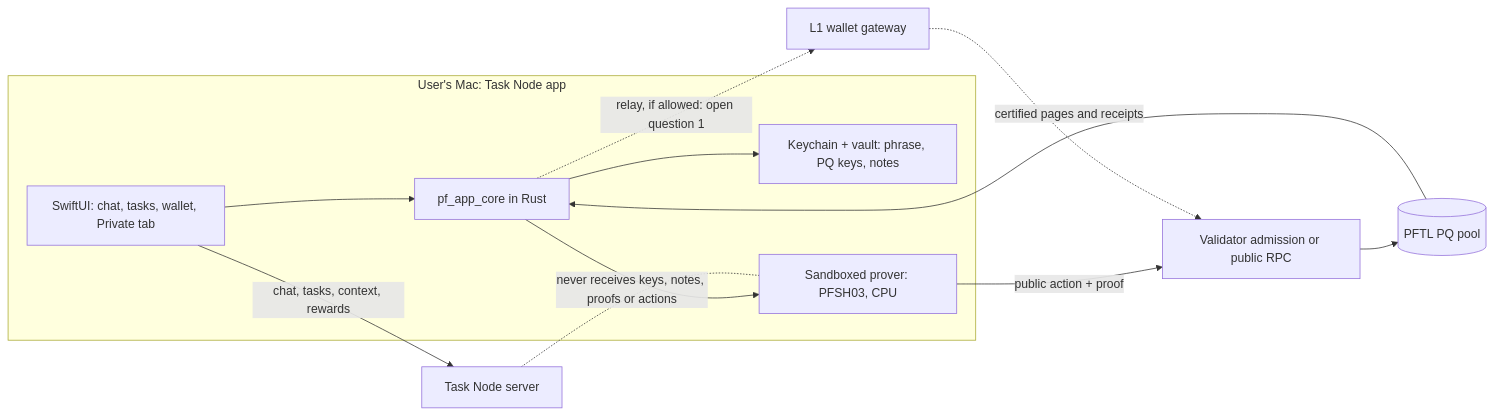
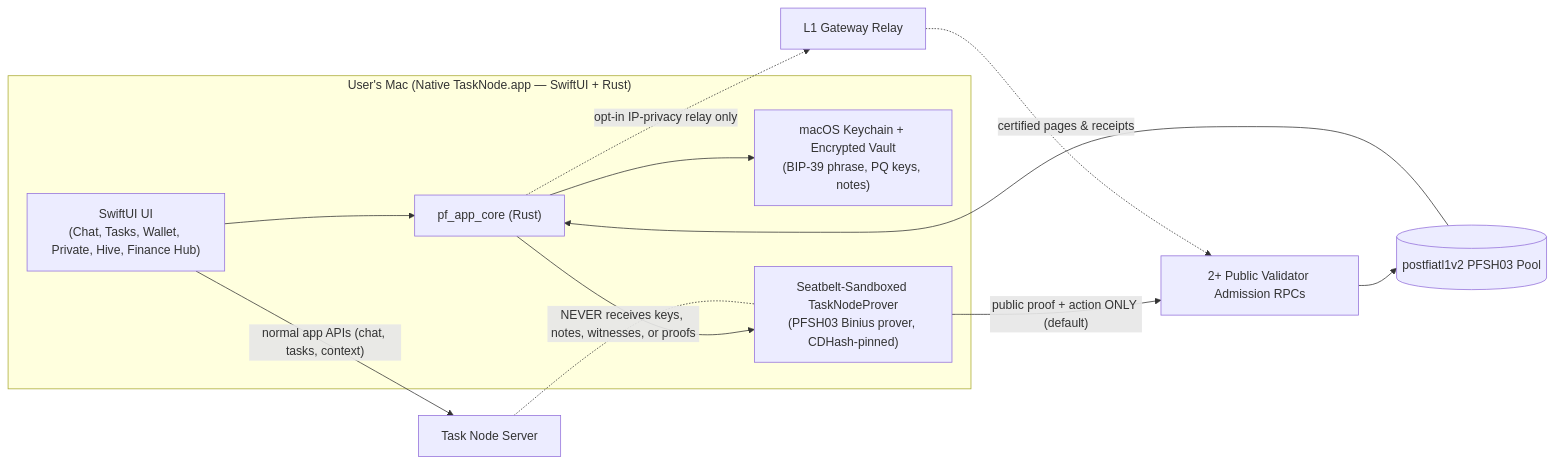
Before and after one commit to postfiatorg/postfiatl1v2: the diagram in big_milestone/pillars/05-local-task-node.md, drawn with Mermaid. The commit also changed other lines of this file and 45 other files, not shown here.

````diff
--- a/big_milestone/pillars/05-local-task-node.md
+++ b/big_milestone/pillars/05-local-task-node.md
@@ -49,15 +19,15 @@
 ```mermaid
 flowchart LR
-    subgraph MAC["User's Mac: Task Node app"]
-      UI["SwiftUI: chat, tasks, wallet, Private tab"] --> CORE["pf_app_core in Rust"]
-      CORE --> KV["Keychain + vault: phrase, PQ keys, notes"]
-      CORE --> PR["Sandboxed prover: PFSH03, CPU"]
+    subgraph MAC["User's Mac (Native TaskNode.app — SwiftUI + Rust)"]
+      UI["SwiftUI UI<br/>(Chat, Tasks, Wallet, Private, Hive, Finance Hub)"] --> CORE["pf_app_core (Rust)"]
+      CORE --> KV["macOS Keychain + Encrypted Vault<br/>(BIP-39 phrase, PQ keys, notes)"]
+      CORE --> PR["Seatbelt-Sandboxed TaskNodeProver<br/>(PFSH03 Binius prover, CDHash-pinned)"]
     end
-    UI -- "chat, tasks, context, rewards" --> TN["Task Node server"]
-    PR -- "public action + proof" --> ADM["Validator admission or public RPC"]
-    CORE -. "relay, if allowed: open question 1" .-> GW["L1 wallet gateway"]
+    UI -- "normal app APIs (chat, tasks, context)" --> TN["Task Node Server"]
+    PR -- "public proof + action ONLY (default)" --> ADM["2+ Public Validator Admission RPCs"]
+    CORE -. "opt-in IP-privacy relay only" .-> GW["L1 Gateway Relay"]
     GW -.-> ADM
-    ADM --> PFTL[("PFTL PQ pool")]
-    PFTL -- "certified pages and receipts" --> CORE
-    TN -. "never receives keys, notes, proofs or actions" .- PR
+    ADM --> PFTL[("postfiatl1v2 PFSH03 Pool")]
+    PFTL -- "certified pages & receipts" --> CORE
+    TN -. "NEVER receives keys, notes, witnesses, or proofs" .- PR
 ```
````
